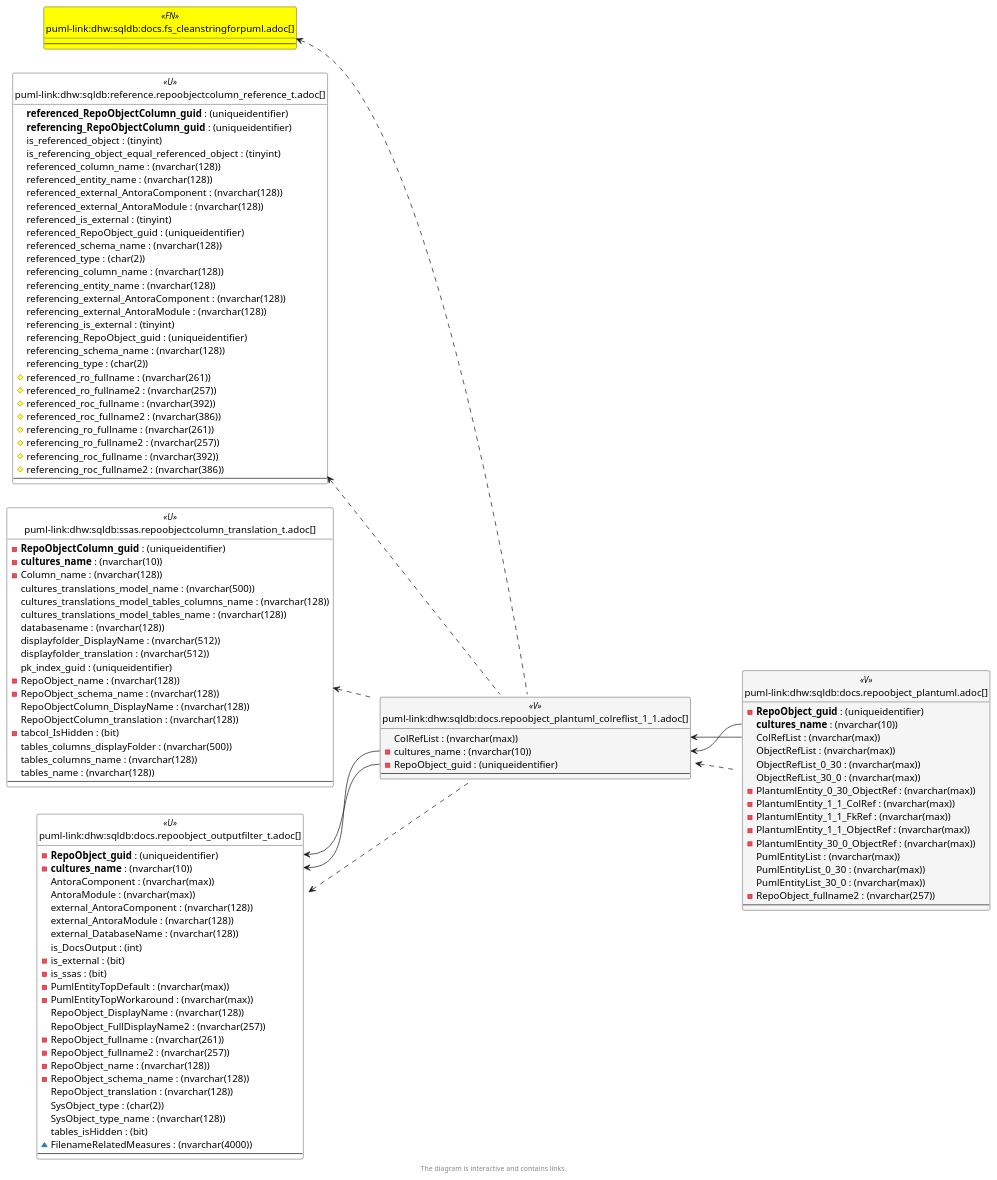
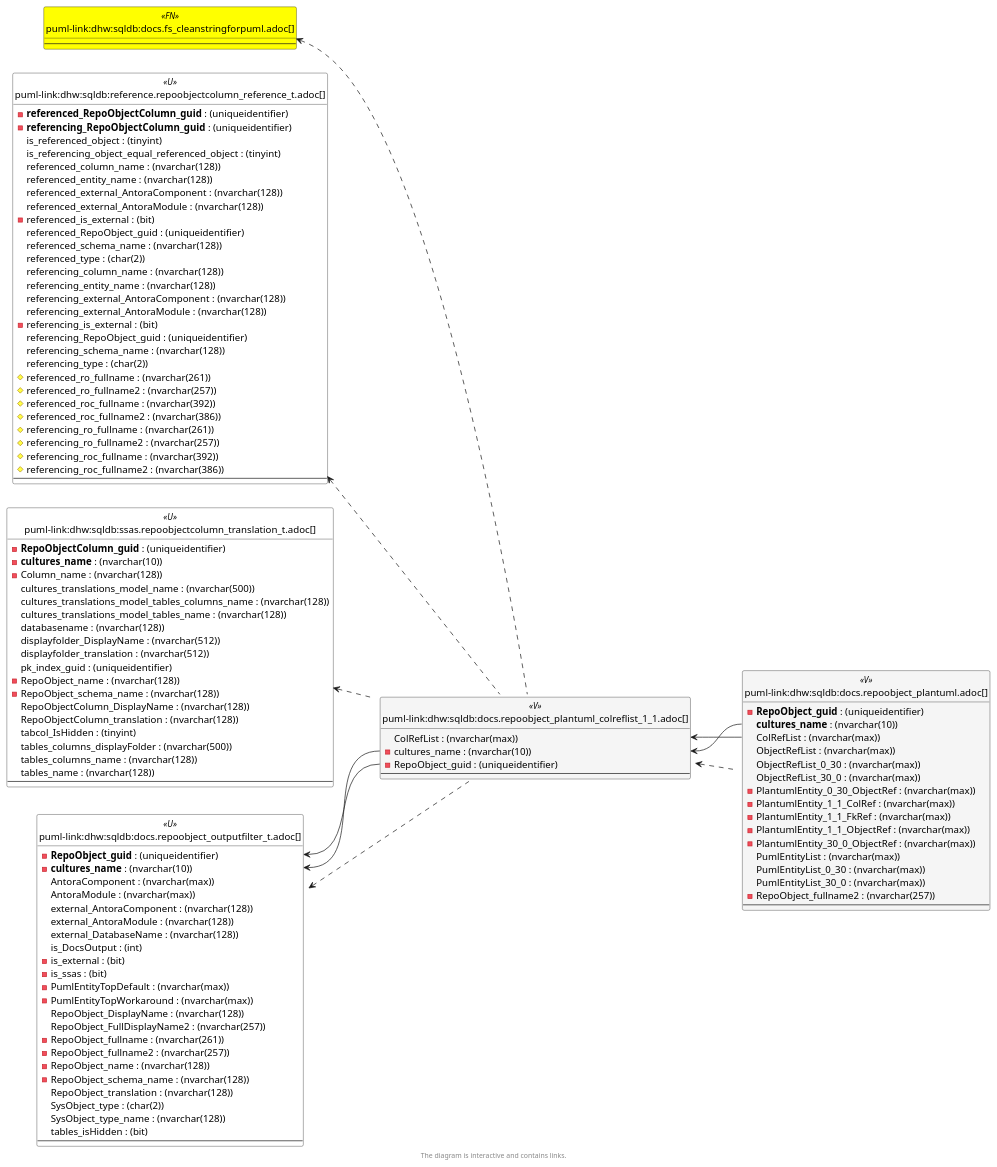
Before and after one commit to DataHandwerk/dhw-antora-sqldb: the sixth of 6 diagrams in docs/modules/sqldb/partials/content/docs.repoobject_plantuml_colreflist_1_1.adoc, drawn with PlantUML. The commit also changed other lines of this file and 641 other files, not shown here.

```diff
--- a/docs/modules/sqldb/partials/content/docs.repoobject_plantuml_colreflist_1_1.adoc
+++ b/docs/modules/sqldb/partials/content/docs.repoobject_plantuml_colreflist_1_1.adoc
@@ -1986,7 +1986,6 @@
   SysObject_type : (char(2))
   SysObject_type_name : (nvarchar(128))
   tables_isHidden : (bit)
-  ~ FilenameRelatedMeasures : (nvarchar(4000))
   --
 }
 
@@ -2017,15 +2016,15 @@
 }
 
 entity "puml-link:dhw:sqldb:reference.repoobjectcolumn_reference_t.adoc[]" as reference.RepoObjectColumn_reference_T << U >> {
-  **referenced_RepoObjectColumn_guid** : (uniqueidentifier)
-  **referencing_RepoObjectColumn_guid** : (uniqueidentifier)
+  - **referenced_RepoObjectColumn_guid** : (uniqueidentifier)
+  - **referencing_RepoObjectColumn_guid** : (uniqueidentifier)
   is_referenced_object : (tinyint)
   is_referencing_object_equal_referenced_object : (tinyint)
   referenced_column_name : (nvarchar(128))
   referenced_entity_name : (nvarchar(128))
   referenced_external_AntoraComponent : (nvarchar(128))
   referenced_external_AntoraModule : (nvarchar(128))
-  referenced_is_external : (tinyint)
+  - referenced_is_external : (bit)
   referenced_RepoObject_guid : (uniqueidentifier)
   referenced_schema_name : (nvarchar(128))
   referenced_type : (char(2))
@@ -2033,7 +2032,7 @@
   referencing_entity_name : (nvarchar(128))
   referencing_external_AntoraComponent : (nvarchar(128))
   referencing_external_AntoraModule : (nvarchar(128))
-  referencing_is_external : (tinyint)
+  - referencing_is_external : (bit)
   referencing_RepoObject_guid : (uniqueidentifier)
   referencing_schema_name : (nvarchar(128))
   referencing_type : (char(2))
@@ -2063,7 +2062,7 @@
   - RepoObject_schema_name : (nvarchar(128))
   RepoObjectColumn_DisplayName : (nvarchar(128))
   RepoObjectColumn_translation : (nvarchar(128))
-  - tabcol_IsHidden : (bit)
+  tabcol_IsHidden : (tinyint)
   tables_columns_displayFolder : (nvarchar(500))
   tables_columns_name : (nvarchar(128))
   tables_name : (nvarchar(128))
```
